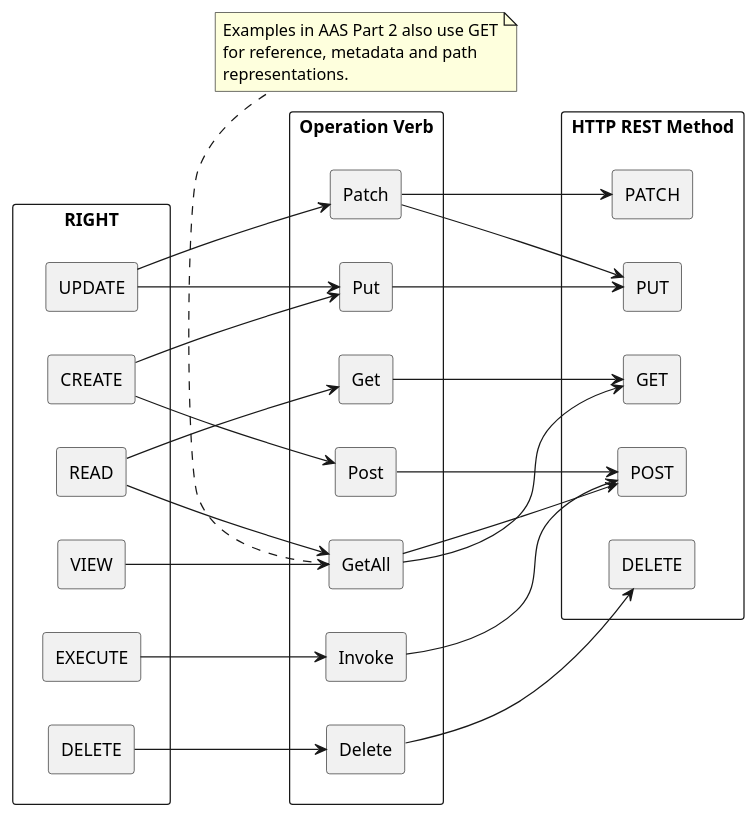
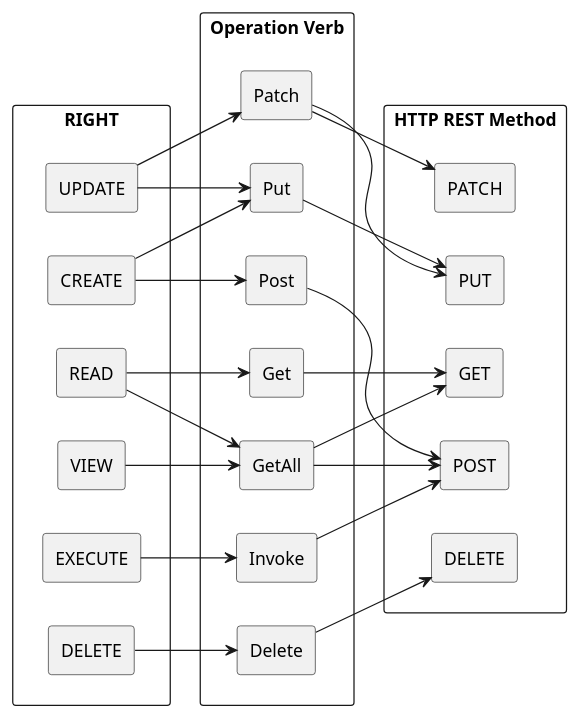
The diagram in documentation/IDTA-01004/modules/ROOT/partials/diagrams/rights-verbs-http-methods.puml (admin-shell-io/aas-specs-security), drawn with PlantUML before and after one commit. The commit also changed 2 other files, not shown here.

Commit message:
clarification of examples & corrected attributes in urls

```diff
--- a/documentation/IDTA-01004/modules/ROOT/partials/diagrams/rights-verbs-http-methods.puml
+++ b/documentation/IDTA-01004/modules/ROOT/partials/diagrams/rights-verbs-http-methods.puml
@@ -1,63 +1,57 @@
 @startuml
 left to right direction
 
 rectangle "RIGHT" as RIGHTS {
   together {
     rectangle "UPDATE" as R_UPDATE
     rectangle "CREATE" as R_CREATE
     rectangle "READ" as R_READ
     rectangle "VIEW" as R_VIEW
     rectangle "EXECUTE" as R_EXECUTE
     rectangle "DELETE" as R_DELETE
   }
 }
 
 rectangle "Operation Verb" as VERBS {
   together {
     rectangle "Patch" as V_PATCH
     rectangle "Put" as V_PUT
     rectangle "Post" as V_POST
     rectangle "GetAll" as V_GETALL
     rectangle "Get" as V_GET
     rectangle "Invoke" as V_INVOKE
     rectangle "Delete" as V_DELETE
   }
 }
 
 rectangle "HTTP REST Method" as HTTP {
   together {
     rectangle "PATCH" as H_PATCH
     rectangle "PUT" as H_PUT
     rectangle "POST" as H_POST
     rectangle "GET" as H_GET
     rectangle "DELETE" as H_DELETE
   }
 }
 
 R_UPDATE --> V_PATCH
 R_UPDATE --> V_PUT
 R_CREATE --> V_PUT
 R_CREATE --> V_POST
 R_READ --> V_GETALL
 R_READ --> V_GET
 R_VIEW --> V_GETALL
 R_EXECUTE --> V_INVOKE
 R_DELETE --> V_DELETE
 
 V_PATCH --> H_PATCH
 V_PATCH --> H_PUT
 V_PUT --> H_PUT
 V_POST --> H_POST
 V_GETALL --> H_GET
 V_GETALL --> H_POST
 V_GET --> H_GET
 V_INVOKE --> H_POST
 V_DELETE --> H_DELETE
 
-note bottom of V_GETALL
-Examples in AAS Part 2 also use GET
-for reference, metadata and path
-representations.
-end note
-
 @enduml
```
